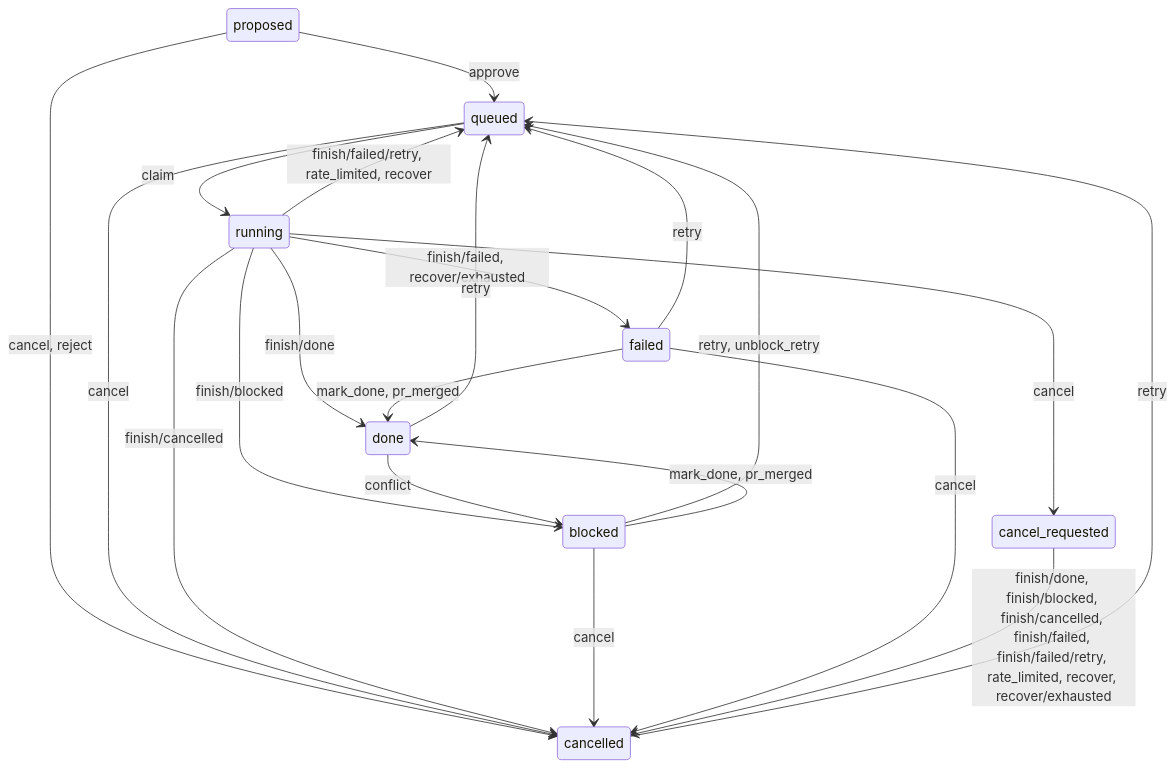
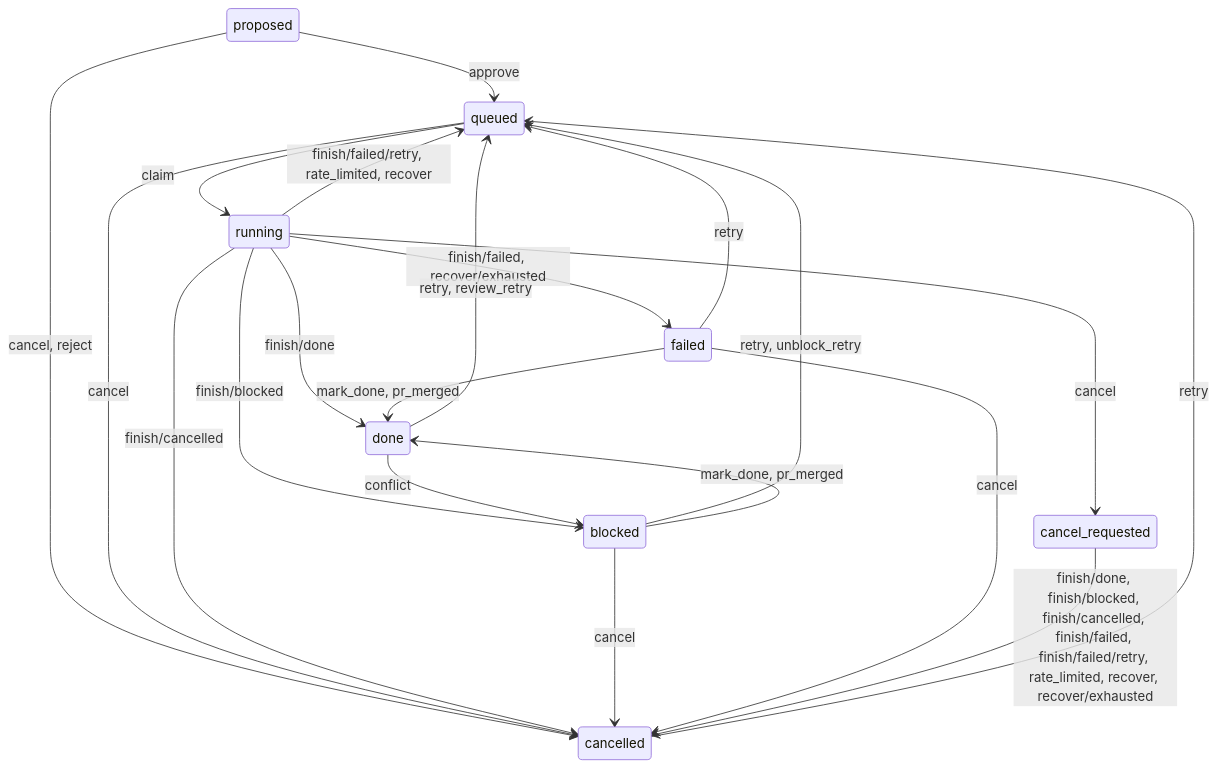
Before and after one commit to tomrobdev/agentdeck: the first of 2 diagrams in docs/reference/state-machines.md, drawn with Mermaid. The commit also changed other lines of this file and 32 other files, not shown here.

````diff
--- a/docs/reference/state-machines.md
+++ b/docs/reference/state-machines.md
@@ -11,23 +11,23 @@
 ```mermaid
 stateDiagram-v2
   proposed --> queued: approve
   proposed --> cancelled: cancel, reject
   queued --> running: claim
   queued --> cancelled: cancel
   running --> queued: finish/failed/retry, rate_limited, recover
   running --> done: finish/done
   running --> blocked: finish/blocked
   running --> failed: finish/failed, recover/exhausted
   running --> cancel_requested: cancel
   running --> cancelled: finish/cancelled
-  done --> queued: retry
+  done --> queued: retry, review_retry
   done --> blocked: conflict
   blocked --> queued: retry, unblock_retry
   blocked --> done: mark_done, pr_merged
   blocked --> cancelled: cancel
   failed --> queued: retry
   failed --> done: mark_done, pr_merged
   failed --> cancelled: cancel
   cancel_requested --> cancelled: finish/done, finish/blocked, finish/cancelled, finish/failed, finish/failed/retry, rate_limited, recover, recover/exhausted
   cancelled --> queued: retry
 ```
````
